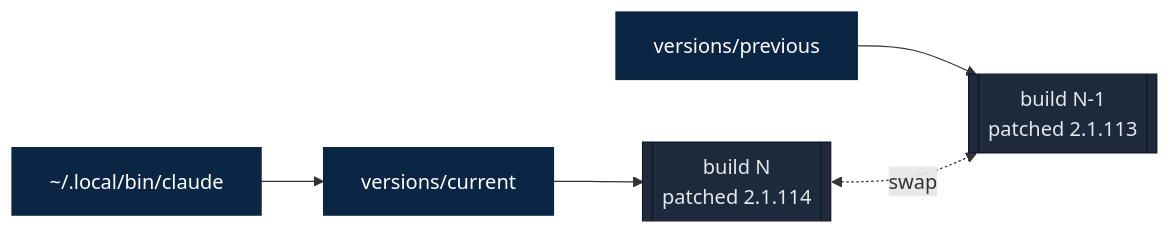
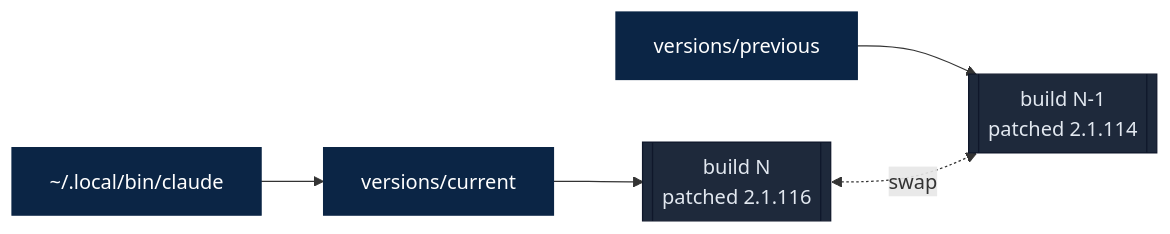
Before and after one commit to camjac251/cc-enhanced: the second of 3 diagrams in README.md, drawn with Mermaid. The commit also changed other lines of this file, not shown here.

````diff
--- a/README.md
+++ b/README.md
@@ -70,13 +70,13 @@
 ```mermaid
 flowchart LR
     Launcher["~/.local/bin/claude"] --> Current["versions/current"]
     Previous["versions/previous"]
-    Current --> NewBuild[["build N<br/>patched 2.1.114"]]
-    Previous --> OldBuild[["build N-1<br/>patched 2.1.113"]]
+    Current --> NewBuild[["build N<br/>patched 2.1.116"]]
+    Previous --> OldBuild[["build N-1<br/>patched 2.1.114"]]
     NewBuild <-. swap .-> OldBuild
 
     classDef sym fill:#0b2545,stroke:#0b2545,color:#fff
     classDef build fill:#1e293b,stroke:#0f172a,color:#e2e8f0
     class Launcher,Current,Previous sym
     class NewBuild,OldBuild build
 ```
````
